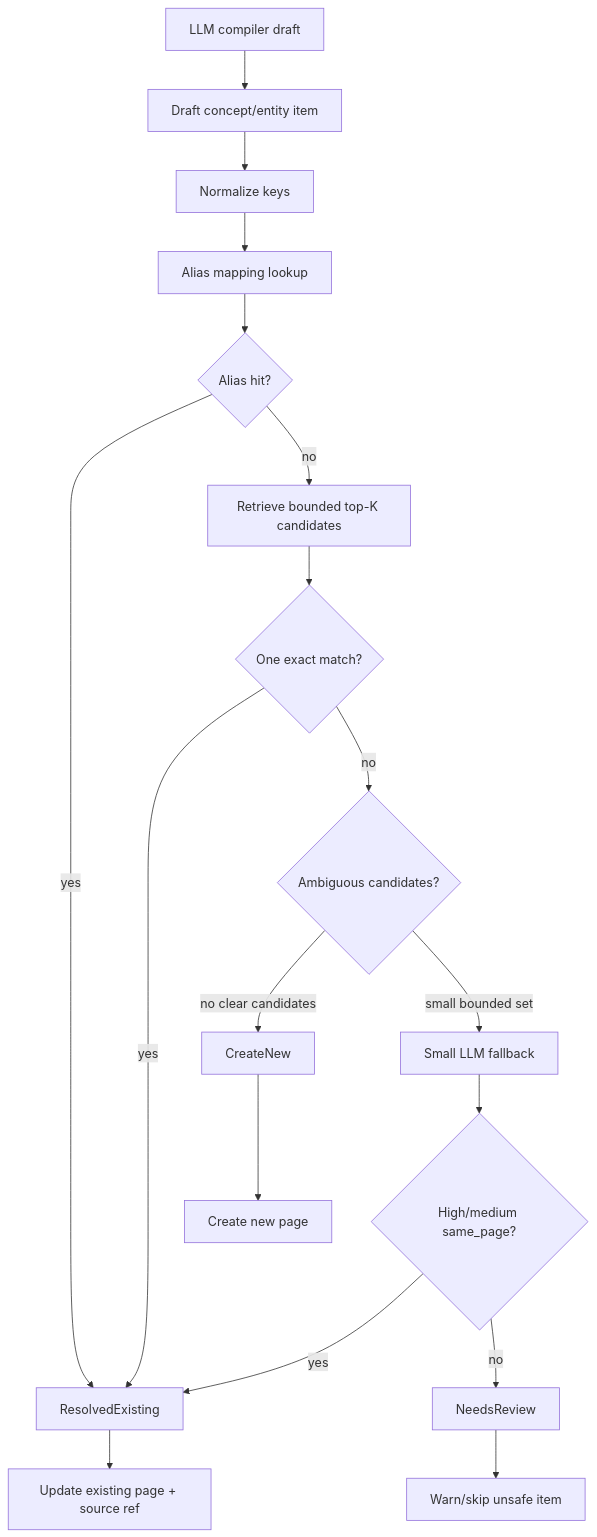
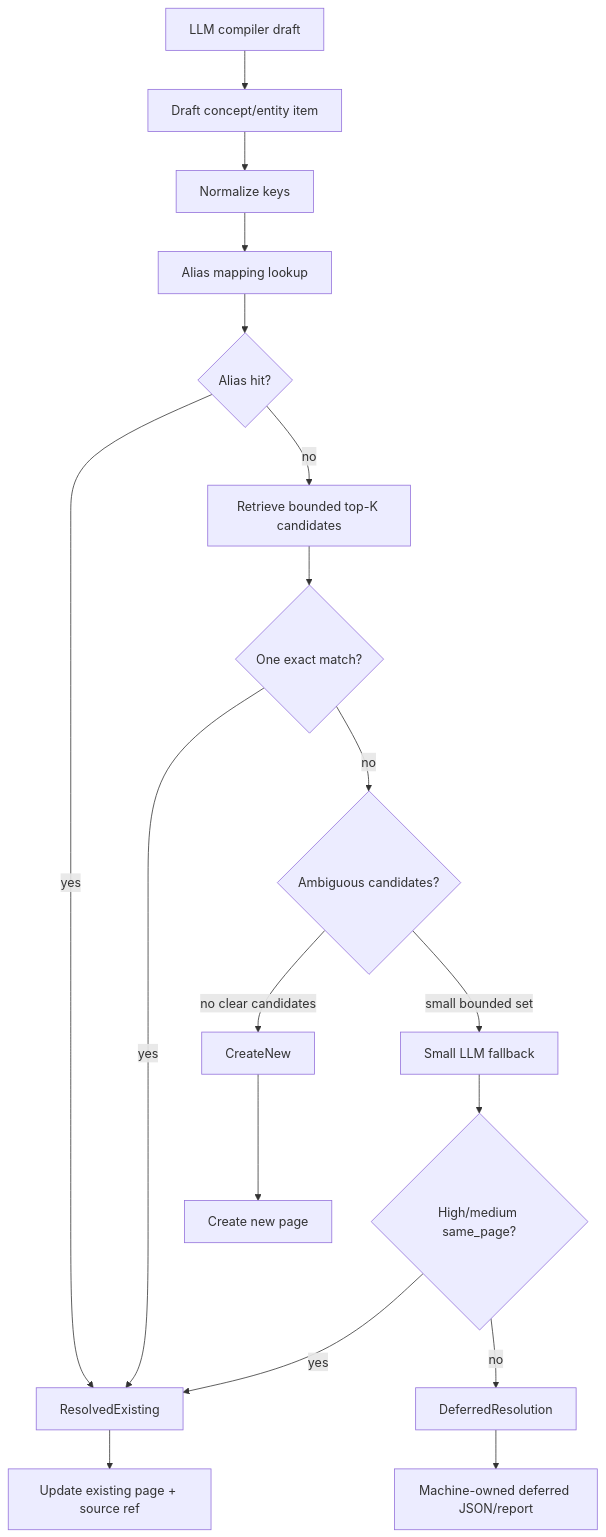
The diagram in docs/specs/compiler-canonicalization-v2/design.md (6tizer/wiki-mempalace), drawn with Mermaid before and after one commit. The commit also changed other lines of this file and 4 other files, not shown here.

````diff
--- a/docs/specs/compiler-canonicalization-v2/design.md
+++ b/docs/specs/compiler-canonicalization-v2/design.md
@@ -127,20 +129,20 @@
 ```mermaid
 flowchart TD
     A["LLM compiler draft"] --> B["Draft concept/entity item"]
     B --> C["Normalize keys"]
     C --> D["Alias mapping lookup"]
     D --> E{"Alias hit?"}
     E -- "yes" --> F["ResolvedExisting"]
     E -- "no" --> G["Retrieve bounded top-K candidates"]
     G --> H{"One exact match?"}
     H -- "yes" --> F
     H -- "no" --> I{"Ambiguous candidates?"}
     I -- "no clear candidates" --> J["CreateNew"]
     I -- "small bounded set" --> K["Small LLM fallback"]
     K --> L{"High/medium same_page?"}
     L -- "yes" --> F
-    L -- "no" --> M["NeedsReview"]
+    L -- "no" --> M["DeferredResolution"]
     F --> N["Update existing page + source ref"]
     J --> O["Create new page"]
-    M --> P["Warn/skip unsafe item"]
+    M --> P["Machine-owned deferred JSON/report"]
 ```
````
